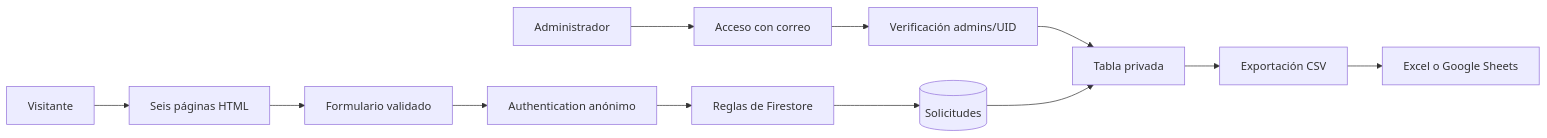
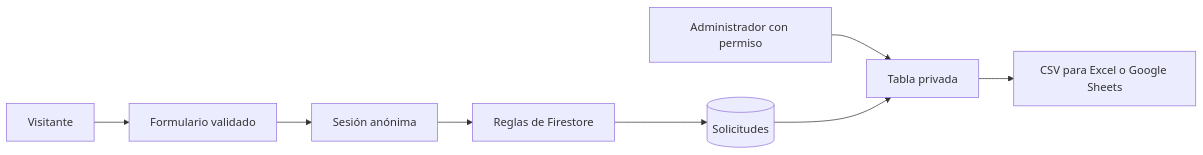
Before and after one commit to LeninAsto/HarmonyHeights: the diagram in docs/INFORME_TECNICO.md, drawn with Mermaid. The commit also changed other lines of this file and 35 other files, not shown here.

````diff
--- a/docs/INFORME_TECNICO.md
+++ b/docs/INFORME_TECNICO.md
@@ -30,14 +25,10 @@
 ```mermaid
 flowchart LR
-    V[Visitante] --> H[Seis páginas HTML]
-    H --> J[Formulario validado]
-    J --> A[Authentication anónimo]
+    V[Visitante] --> F[Formulario validado]
+    F --> A[Sesión anónima]
     A --> R[Reglas de Firestore]
     R --> D[(Solicitudes)]
-    U[Administrador] --> L[Acceso con correo]
-    L --> P[Verificación admins/UID]
-    P --> T[Tabla privada]
+    U[Administrador con permiso] --> T[Tabla privada]
     D --> T
-    T --> C[Exportación CSV]
-    C --> E[Excel o Google Sheets]
+    T --> C[CSV para Excel o Google Sheets]
 ```
````
